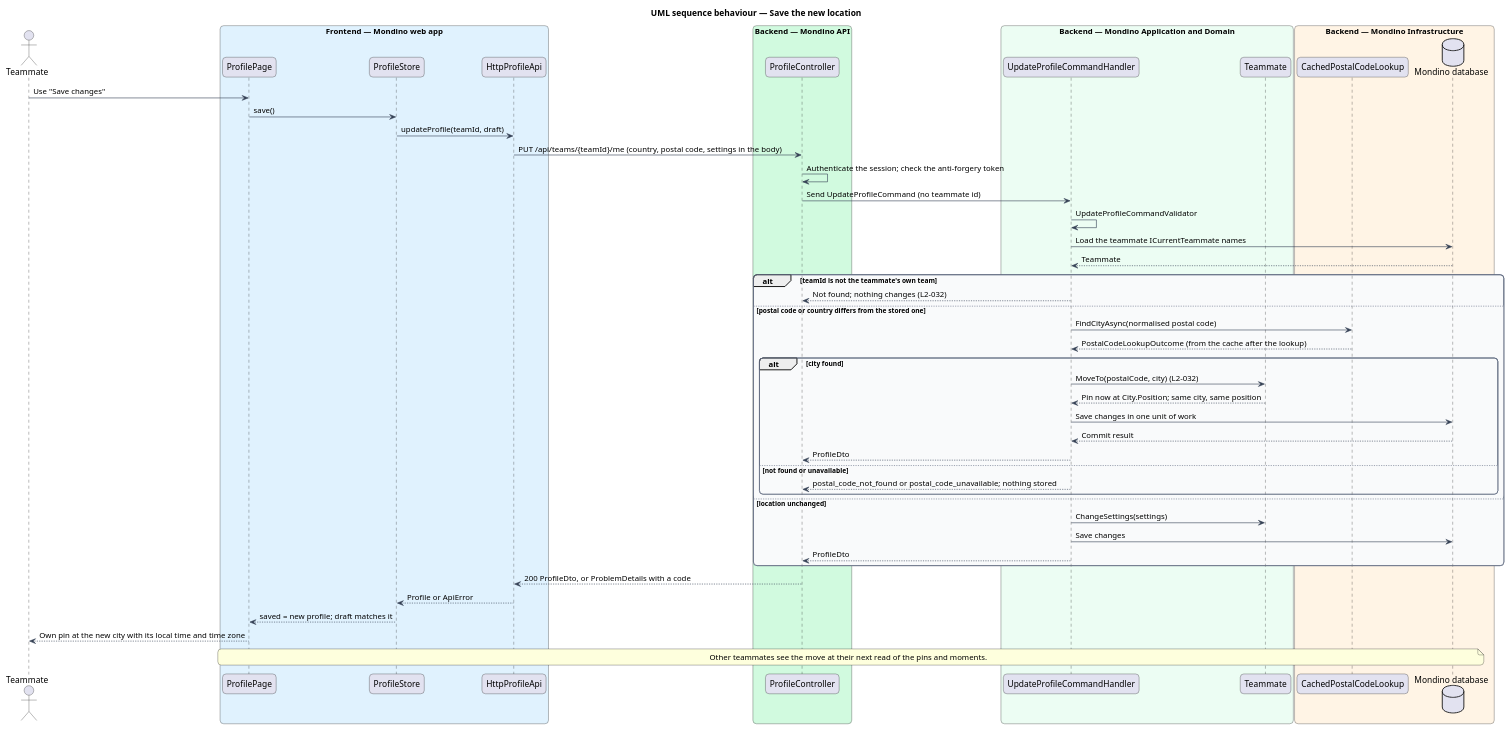
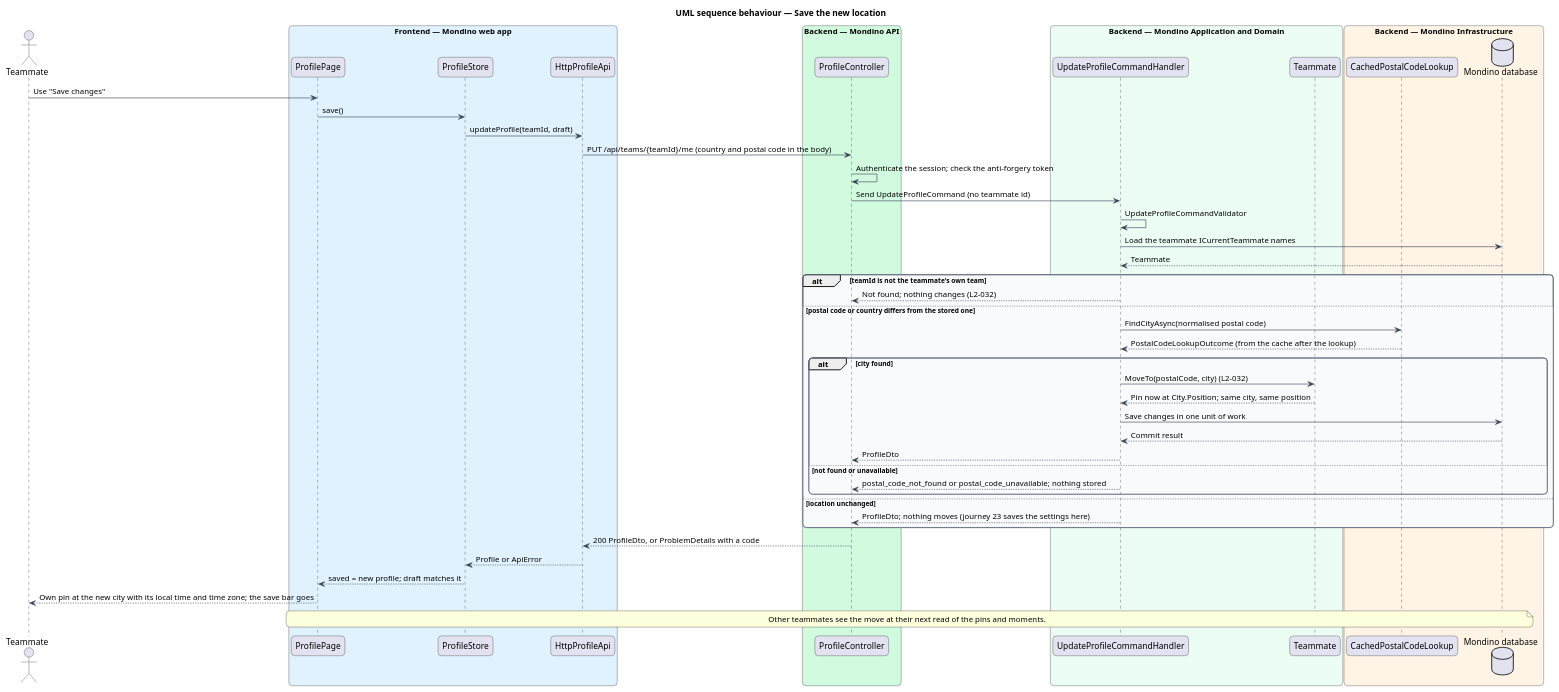
One commit to QuinntyneBrown/Mondino changed the diagram in docs/detailed-designs/profile/change-location/diagrams/sequence-save-location.puml. Above: the diagram before and after it, drawn with PlantUML. The commit also changed 17 other files, not shown here.

```diff
--- a/docs/detailed-designs/profile/change-location/diagrams/sequence-save-location.puml
+++ b/docs/detailed-designs/profile/change-location/diagrams/sequence-save-location.puml
@@ -1,67 +1,65 @@
 @startuml
 title UML sequence behaviour — Save the new location
 skinparam backgroundColor #FFFFFF
 skinparam shadowing false
 skinparam roundcorner 12
 skinparam defaultFontName Arial
 skinparam ArrowColor #344054
 skinparam rectangle {
   BorderColor #344054
   FontColor #101828
 }
 skinparam package {
   BorderColor #667085
   FontColor #101828
   BackgroundColor #F9FAFB
 }
 actor "Teammate" as actor
 box "Frontend — Mondino web app" #E0F2FE
   participant "ProfilePage" as page
   participant "ProfileStore" as store
   participant "HttpProfileApi" as client
 end box
 box "Backend — Mondino API" #D1FADF
   participant "ProfileController" as controller
 end box
 box "Backend — Mondino Application and Domain" #ECFDF3
   participant "UpdateProfileCommandHandler" as handler
   participant "Teammate" as entity
 end box
 box "Backend — Mondino Infrastructure" #FFF4E5
   participant "CachedPostalCodeLookup" as lookup
   database "Mondino database" as db
 end box
 actor -> page : Use "Save changes"
 page -> store : save()
 store -> client : updateProfile(teamId, draft)
-client -> controller : PUT /api/teams/{teamId}/me (country, postal code, settings in the body)
+client -> controller : PUT /api/teams/{teamId}/me (country and postal code in the body)
 controller -> controller : Authenticate the session; check the anti-forgery token
 controller -> handler : Send UpdateProfileCommand (no teammate id)
 handler -> handler : UpdateProfileCommandValidator
 handler -> db : Load the teammate ICurrentTeammate names
 db --> handler : Teammate
 alt teamId is not the teammate's own team
   handler --> controller : Not found; nothing changes (L2-032)
 else postal code or country differs from the stored one
   handler -> lookup : FindCityAsync(normalised postal code)
   lookup --> handler : PostalCodeLookupOutcome (from the cache after the lookup)
   alt city found
     handler -> entity : MoveTo(postalCode, city) (L2-032)
     entity --> handler : Pin now at City.Position; same city, same position
     handler -> db : Save changes in one unit of work
     db --> handler : Commit result
     handler --> controller : ProfileDto
   else not found or unavailable
     handler --> controller : postal_code_not_found or postal_code_unavailable; nothing stored
   end
 else location unchanged
-  handler -> entity : ChangeSettings(settings)
-  handler -> db : Save changes
-  handler --> controller : ProfileDto
+  handler --> controller : ProfileDto; nothing moves (journey 23 saves the settings here)
 end
 controller --> client : 200 ProfileDto, or ProblemDetails with a code
 client --> store : Profile or ApiError
 store --> page : saved = new profile; draft matches it
-page --> actor : Own pin at the new city with its local time and time zone
+page --> actor : Own pin at the new city with its local time and time zone; the save bar goes
 note over page, db : Other teammates see the move at their next read of the pins and moments.
 @enduml
```
